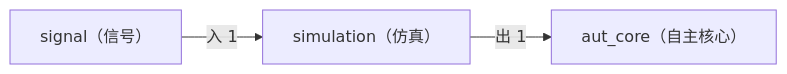
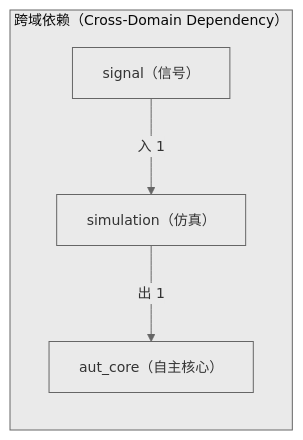
The second of 2 diagrams in docs/02_enterprise_architecture/06_decision_architecture/12_decision_l2a_simulation.md (xuanFelixVan/ZephyrAlpha), drawn with Mermaid before and after one commit. The commit also changed other lines of this file and 23 other files, not shown here.

First line of the commit message:
fix(decision-diagram): mermaid 图加 subgraph 容器 + clusterBkg 主题变量

````diff
--- a/docs/02_enterprise_architecture/06_decision_architecture/12_decision_l2a_simulation.md
+++ b/docs/02_enterprise_architecture/06_decision_architecture/12_decision_l2a_simulation.md
@@ -139,8 +140,11 @@
 ```mermaid
+%%{init: {'theme': 'base', 'themeVariables': {'primaryColor': '#eaeaea', 'primaryTextColor': '#333333', 'primaryBorderColor': '#666666', 'lineColor': '#666666', 'clusterBkg': '#eaeaea', 'clusterBorder': '#666666', 'fontSize': '14px'}}}%%
 flowchart LR
-    SELF["simulation（仿真）"]
-    EXT_aut_core["aut_core（自主核心）"]
-    SELF -->|出 1| EXT_aut_core
-    EXT_signal["signal（信号）"]
-    EXT_signal -->|入 1| SELF
+    subgraph cd_sg["跨域依赖（Cross-Domain Dependency）"]
+        SELF["simulation（仿真）"]
+        EXT_aut_core["aut_core（自主核心）"]
+        SELF -->|出 1| EXT_aut_core
+        EXT_signal["signal（信号）"]
+        EXT_signal -->|入 1| SELF
+    end
 ```
````
